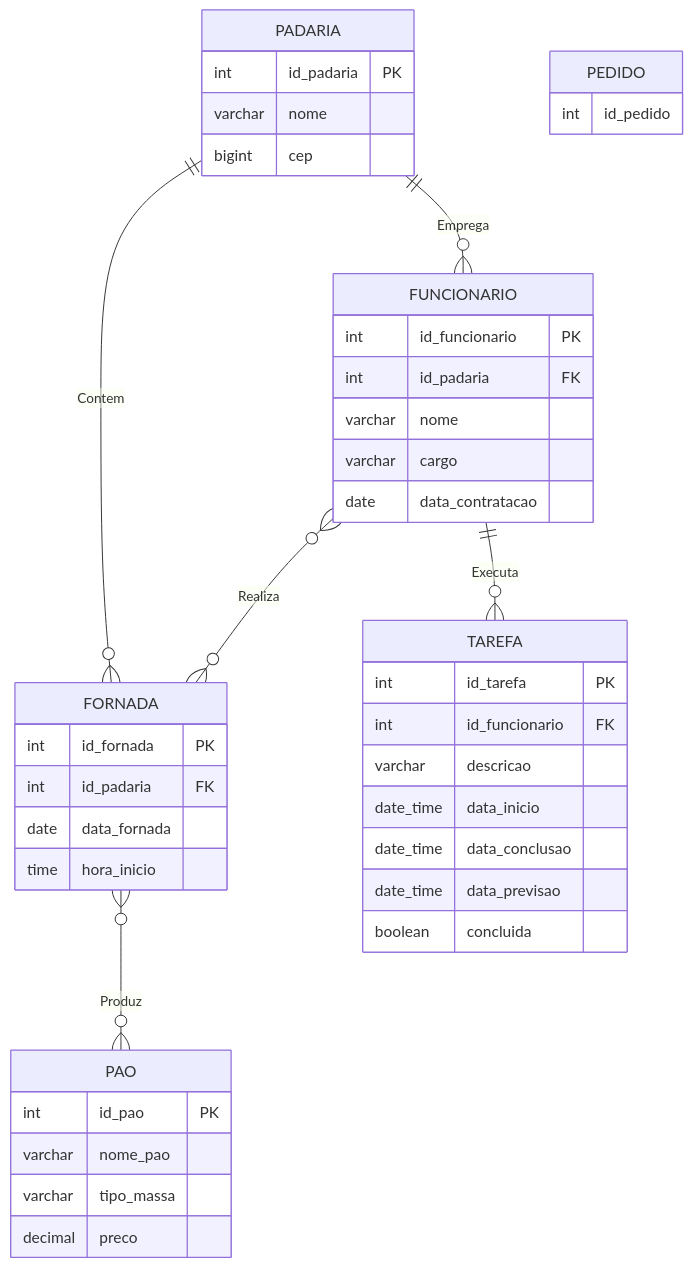
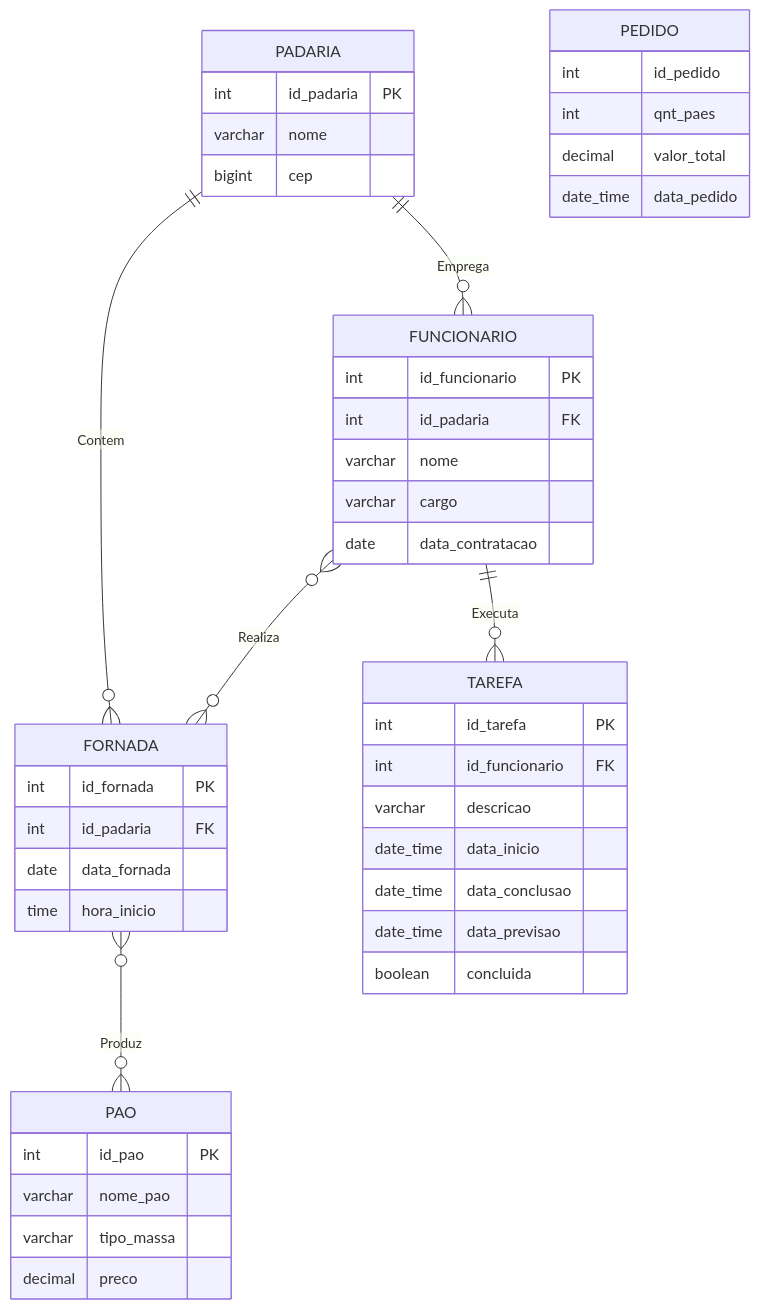
The diagram in README.md (IsabellyBernardes/DesenvolvimentoSoftwareCorp), drawn with Mermaid before and after one commit.

````diff
--- a/README.md
+++ b/README.md
@@ -4,66 +4,69 @@
 ```mermaid
 erDiagram
     %% Definição das Entidades (Tabelas) com Atributos
     
     PADARIA {
         int id_padaria PK
         varchar nome
         bigint cep
     }
     
     FUNCIONARIO {
         int id_funcionario PK
         int id_padaria FK
         varchar nome
         varchar cargo
         date data_contratacao
     }
     
     FORNADA {
         int id_fornada PK
         int id_padaria FK
         date data_fornada
         time hora_inicio
     }
     
     PAO {
         int id_pao PK
         varchar nome_pao
         varchar tipo_massa
         decimal preco
     }
     
     TAREFA {
         int id_tarefa PK
         int id_funcionario FK
         varchar descricao
         date_time data_inicio
         date_time data_conclusao
         date_time data_previsao
         boolean concluida
     }
 
     PEDIDO {
         int id_pedido
+        int qnt_paes
+        decimal valor_total
+        date_time data_pedido
         
     }
     
 
     %% Definição dos Relacionamentos
     
     PADARIA ||--o{ FUNCIONARIO : Emprega
     PADARIA ||--o{ FORNADA : Contem
 
     FUNCIONARIO ||--o{ TAREFA : Executa
 
     %% N:N (FORNADA x PÃO) - Uma tabela associativa seria a implementação real
     FORNADA }o--o{ PAO : Produz
 
     %% N:N (FUNCIONARIO x FORNADA) - Uma tabela associativa seria a implementação real
     FUNCIONARIO }o--o{ FORNADA : Realiza
     
     %% Onde:
     %% PK = Primary Key (Chave Primária)
     %% FK = Foreign Key (Chave Estrangeira)
     %% O uso de FK nos atributos conecta logicamente as tabelas.
 ```
````
